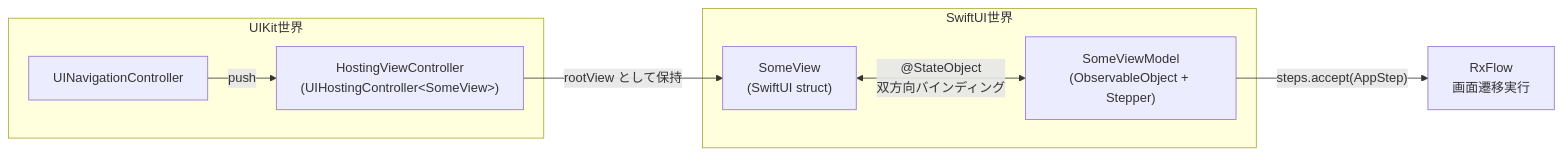
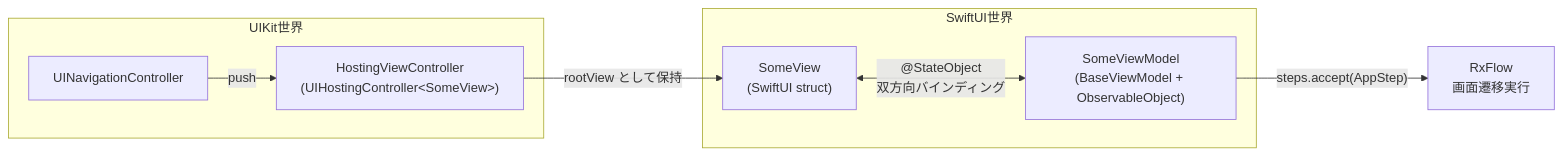
Before and after one commit to boywithdv/SwiftSampleApp: the fifth of 5 diagrams in README.md, drawn with Mermaid. The commit also changed other lines of this file and 1 other file, not shown here.

````diff
--- a/README.md
+++ b/README.md
@@ -137,17 +354,17 @@
 ```mermaid
 graph LR
     subgraph UIKit世界
         NavC[UINavigationController]
-        HVC["HostingViewController\n(UIHostingController&lt;SomeView&gt;)"]
+        HVC["HostingViewController<br/>(UIHostingController&lt;SomeView&gt;)"]
     end
 
     subgraph SwiftUI世界
-        V["SomeView\n(SwiftUI struct)"]
-        VM["SomeViewModel\n(ObservableObject + Stepper)"]
+        V["SomeView<br/>(SwiftUI struct)"]
+        VM["SomeViewModel<br/>(BaseViewModel + ObservableObject)"]
     end
 
     NavC -->|push| HVC
     HVC -->|rootView として保持| V
-    V <-->|"@StateObject\n双方向バインディング"| VM
-    VM -->|"steps.accept(AppStep)"| RxFlow[RxFlow\n画面遷移実行]
+    V <-->|"@StateObject<br/>双方向バインディング"| VM
+    VM -->|"steps.accept(AppStep)"| RxFlow[RxFlow<br/>画面遷移実行]
 ```
````
